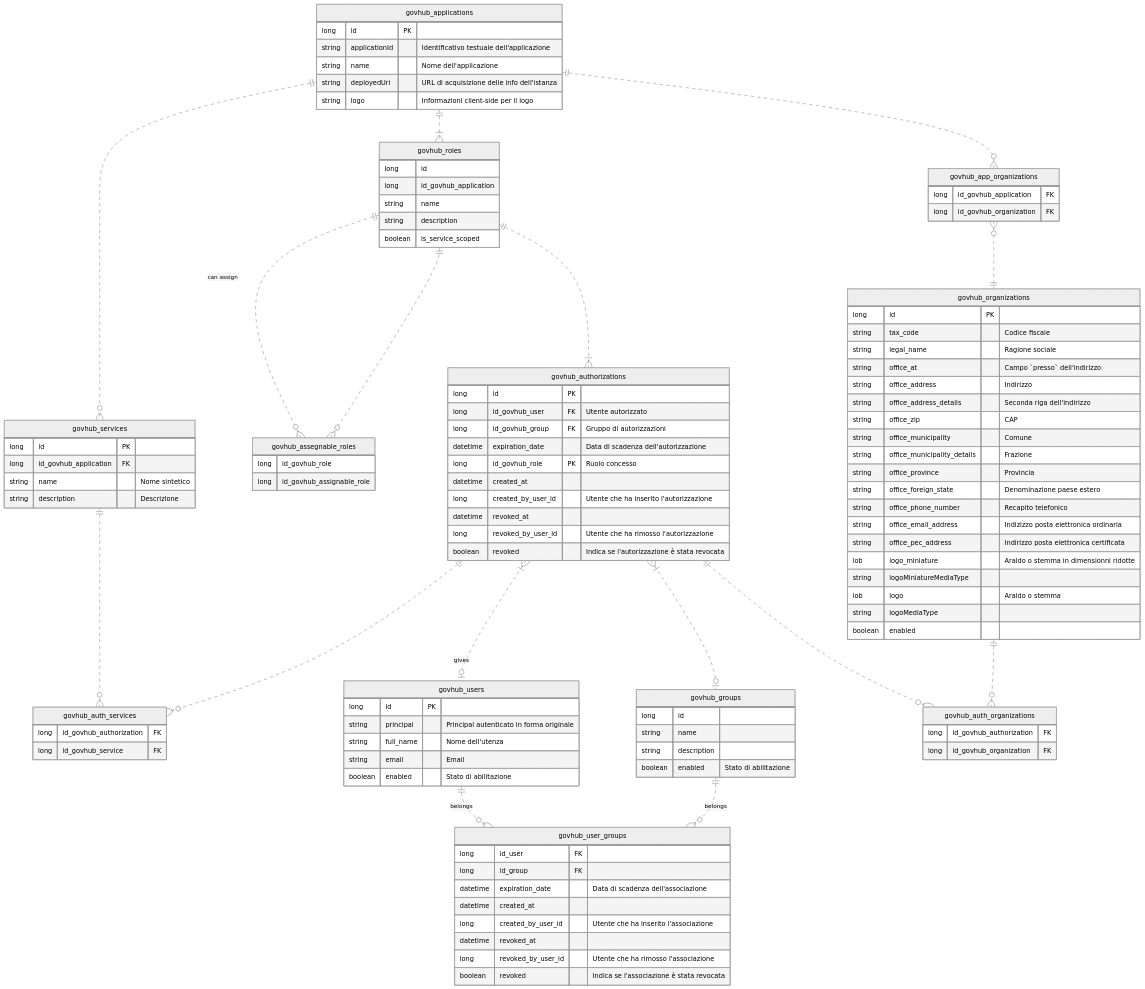
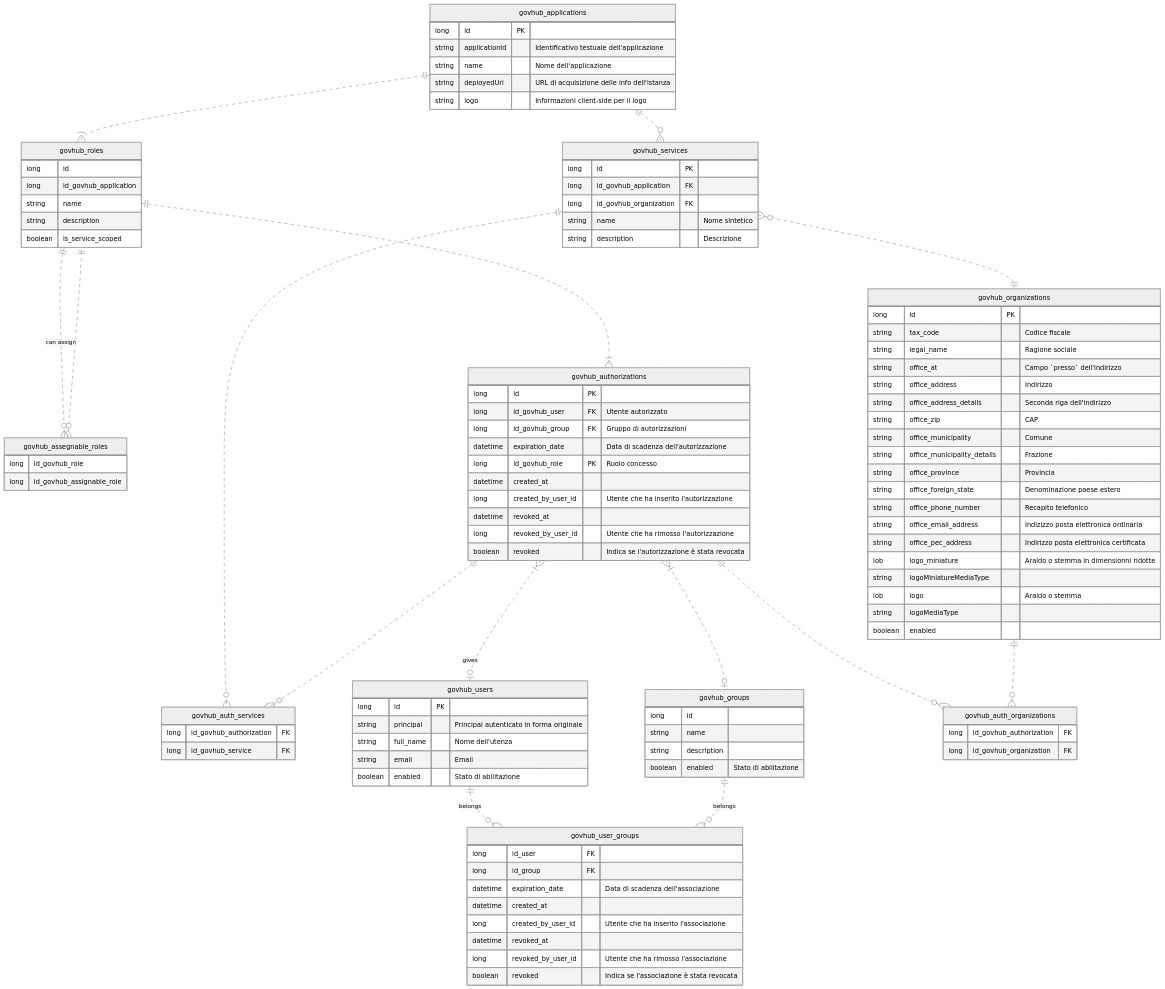
Before and after one commit to link-it/govregistry-docs: the diagram in specifiche-tecniche/schema-dati.md, drawn with Mermaid (neutral theme).

Commit message:
Aggiunta FK da Applicazioni a organizzazioni

```diff
--- a/specifiche-tecniche/schema-dati.md
+++ b/specifiche-tecniche/schema-dati.md
@@ -7,11 +7,10 @@
 
     govhub_applications ||..o{ govhub_services : ""
     govhub_applications ||..|{ govhub_roles : ""
-    govhub_applications ||..o{ govhub_app_organizations : ""
     govhub_roles ||..o{ govhub_assegnable_roles : "can assign"   
     govhub_assegnable_roles }o..|| govhub_roles : ""
     govhub_roles ||..|{ govhub_authorizations : ""
-    govhub_app_organizations }o..|| govhub_organizations  : ""
+    govhub_services }o..|| govhub_organizations  : ""
     govhub_services ||..o{ govhub_auth_services : ""
     govhub_authorizations ||..o{ govhub_auth_services : ""
     govhub_authorizations }|..o| govhub_groups : ""
@@ -96,13 +95,9 @@
     govhub_services {
         long id PK 
         long id_govhub_application FK
+        long id_govhub_organization FK
         string name "Nome sintetico"
         string description "Descrizione"
-    }
-
-    govhub_app_organizations {
-        long id_govhub_application FK
-        long id_govhub_organization FK 
     }
 
     govhub_applications {
```
